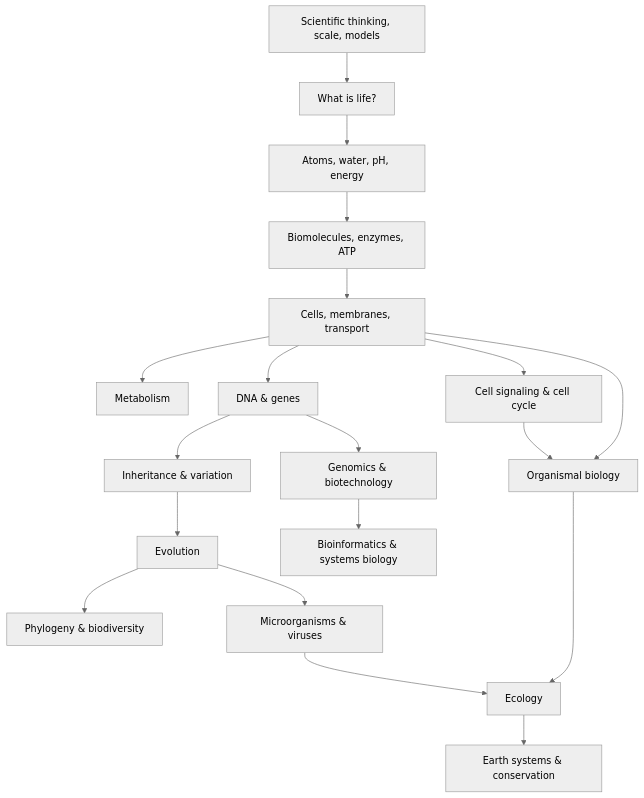
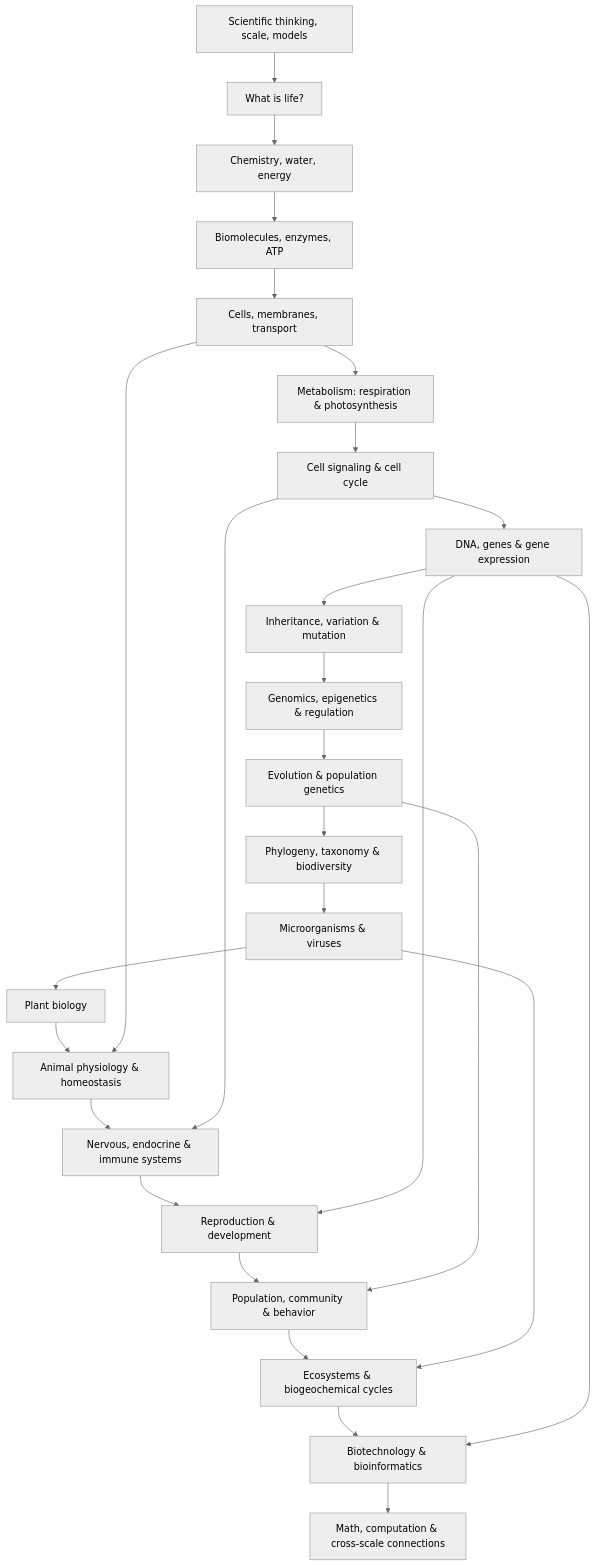
Before and after one commit to hunggtham/learning-docs: the diagram in biology/README.md, drawn with Mermaid (neutral theme). The commit also changed other lines of this file, not shown here.

Commit message:
Rebuild biology README as a connected reading map

````diff
--- a/biology/README.md
+++ b/biology/README.md
@@ -9,21 +13,31 @@
 ```mermaid
 flowchart TD
-    A[Scientific thinking, scale, models] --> B[What is life?]
-    B --> C[Atoms, water, pH, energy]
-    C --> D[Biomolecules, enzymes, ATP]
-    D --> E[Cells, membranes, transport]
-    E --> F[Metabolism]
-    E --> G[Cell signaling & cell cycle]
-    E --> H[DNA & genes]
-    H --> I[Inheritance & variation]
-    I --> J[Evolution]
-    J --> K[Phylogeny & biodiversity]
-    J --> L[Microorganisms & viruses]
-    E --> M[Organismal biology]
-    G --> M
-    M --> N[Ecology]
-    L --> N
-    H --> O[Genomics & biotechnology]
-    O --> P[Bioinformatics & systems biology]
-    N --> Q[Earth systems & conservation]
+A[Scientific thinking, scale, models]
+A --> B[What is life?]
+B --> C[Chemistry, water, energy]
+C --> D[Biomolecules, enzymes, ATP]
+D --> E[Cells, membranes, transport]
+E --> F[Metabolism: respiration & photosynthesis]
+F --> G[Cell signaling & cell cycle]
+G --> H[DNA, genes & gene expression]
+H --> I[Inheritance, variation & mutation]
+I --> J[Genomics, epigenetics & regulation]
+J --> K[Evolution & population genetics]
+K --> L[Phylogeny, taxonomy & biodiversity]
+L --> M[Microorganisms & viruses]
+M --> N[Plant biology]
+N --> O[Animal physiology & homeostasis]
+O --> P[Nervous, endocrine & immune systems]
+P --> Q[Reproduction & development]
+Q --> R[Population, community & behavior]
+R --> S[Ecosystems & biogeochemical cycles]
+S --> T[Biotechnology & bioinformatics]
+T --> U[Math, computation & cross-scale connections]
+
+E --> O
+G --> P
+H --> Q
+K --> R
+M --> S
+H --> T
 ```
````
